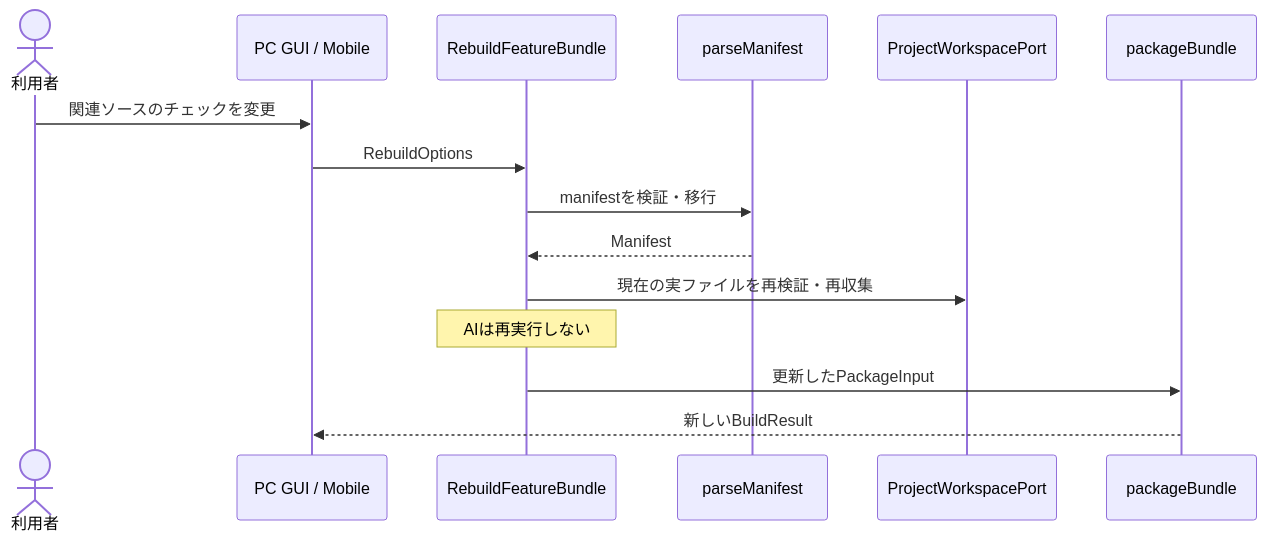
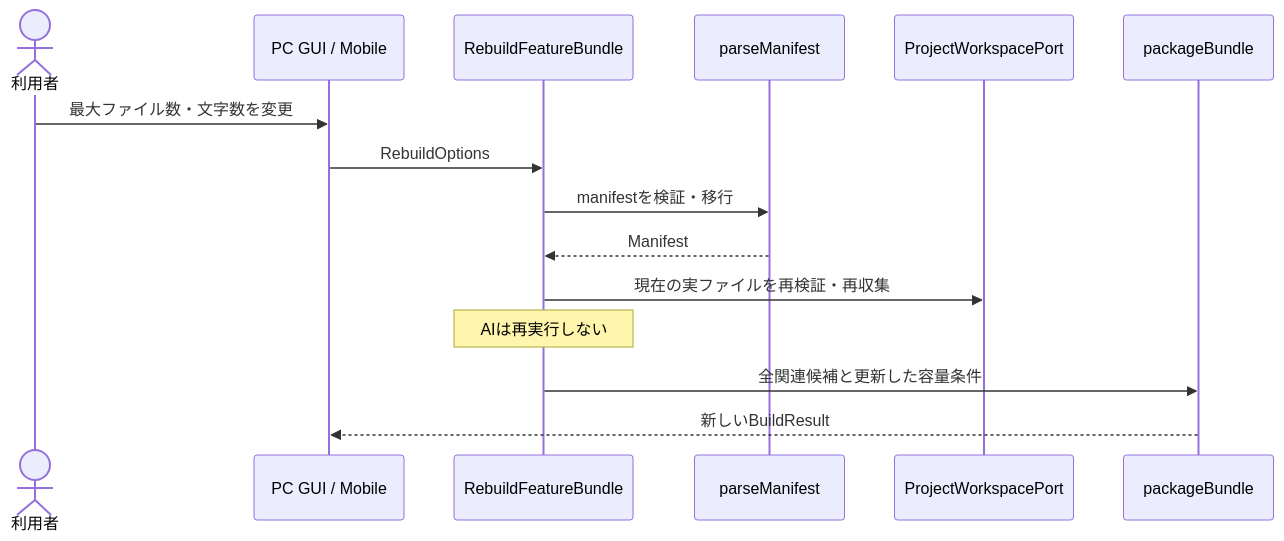
Before and after one commit to matsutanishimpei/make-summary: the eighth of 11 diagrams in docs/architecture.md, drawn with Mermaid. The commit also changed other lines of this file and 29 other files, not shown here.

````diff
--- a/docs/architecture.md
+++ b/docs/architecture.md
@@ -276,18 +276,18 @@
 ```mermaid
 sequenceDiagram
     actor User as 利用者
     participant UI as PC GUI / Mobile
     participant Rebuild as RebuildFeatureBundle
     participant Manifest as parseManifest
     participant Workspace as ProjectWorkspacePort
     participant Bundle as packageBundle
 
-    User->>UI: 関連ソースのチェックを変更
+    User->>UI: 最大ファイル数・文字数を変更
     UI->>Rebuild: RebuildOptions
     Rebuild->>Manifest: manifestを検証・移行
     Manifest-->>Rebuild: Manifest
     Rebuild->>Workspace: 現在の実ファイルを再検証・再収集
     Note over Rebuild: AIは再実行しない
-    Rebuild->>Bundle: 更新したPackageInput
+    Rebuild->>Bundle: 全関連候補と更新した容量条件
     Bundle-->>UI: 新しいBuildResult
 ```
````
